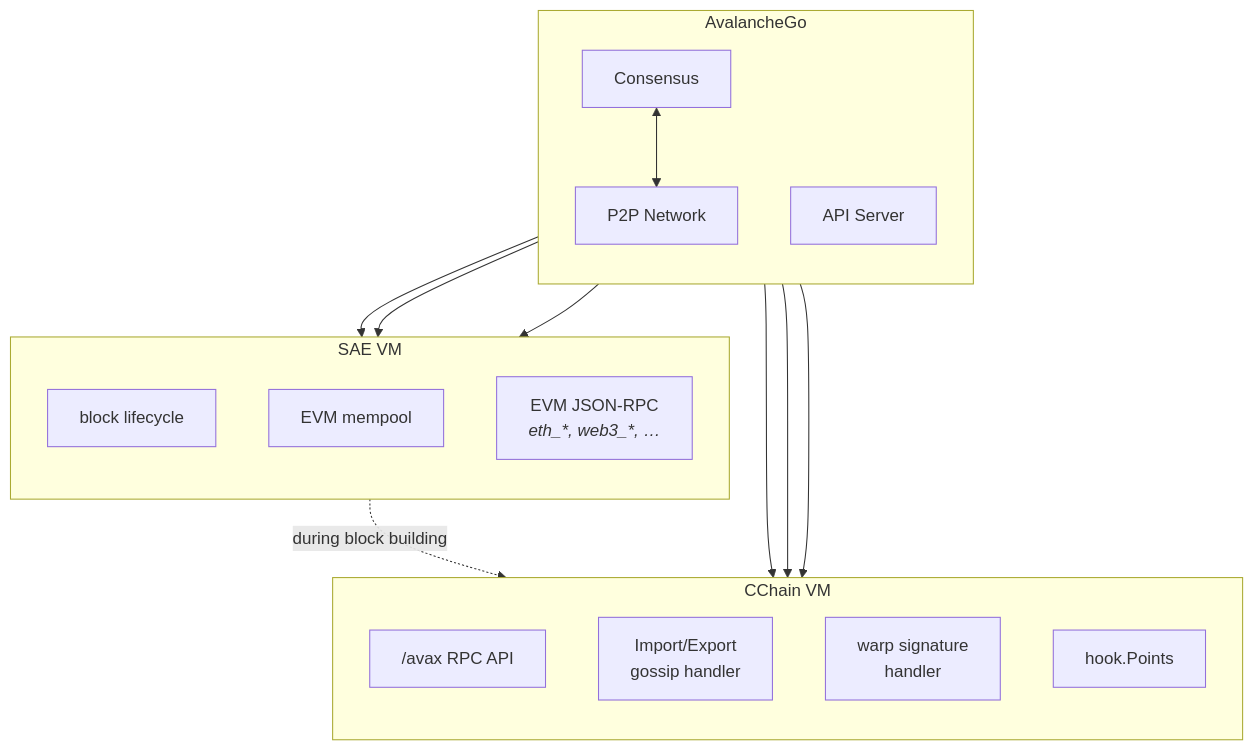
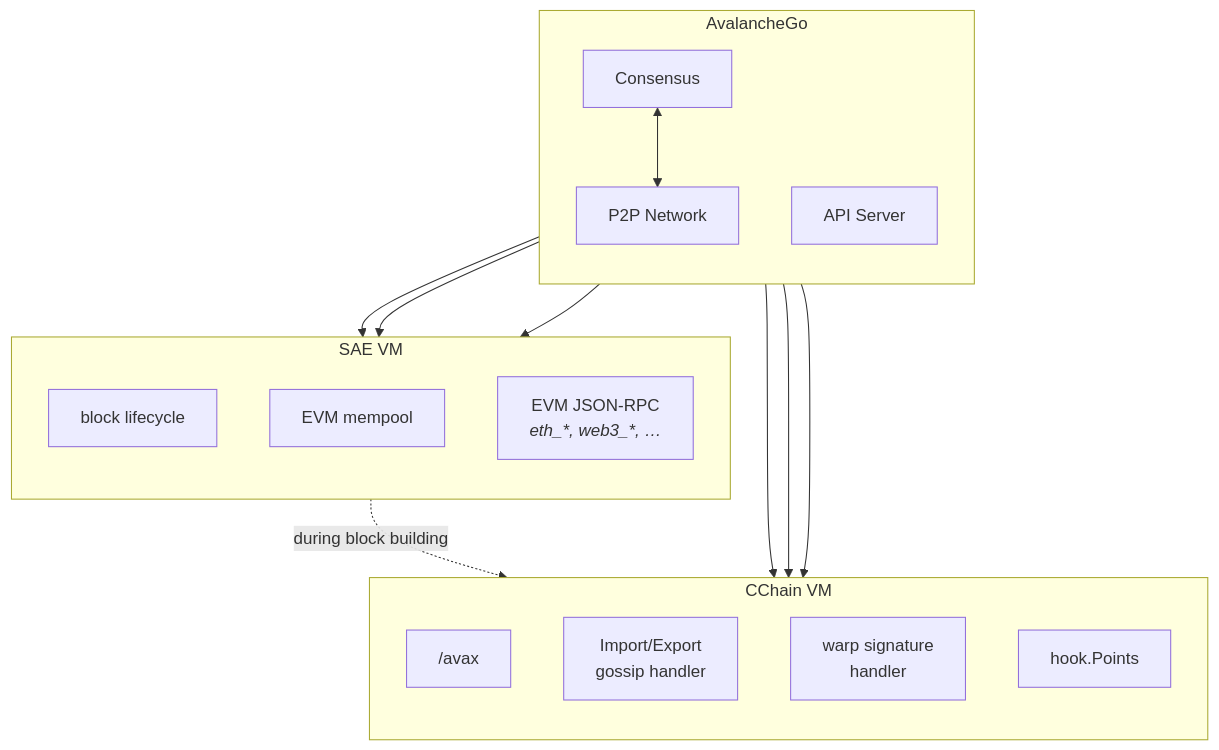
Before and after one commit to ava-labs/avalanchego: the first of 4 diagrams in vms/saevm/cchain/README.md, drawn with Mermaid.

````diff
--- a/vms/saevm/cchain/README.md
+++ b/vms/saevm/cchain/README.md
@@ -9,34 +9,34 @@
 ```mermaid
 flowchart TB
     subgraph avago["AvalancheGo"]
         direction TB
         consensus["Consensus"]
         p2pin["P2P Network"]
         httpd["API Server"]
         consensus <--> p2pin
     end
 
     subgraph saevm["SAE VM"]
         direction TB
         sae_block["block lifecycle"]
         sae_mempool["EVM mempool"]
         sae_rpc["EVM JSON-RPC<br/><i>eth_*, web3_*, &hellip;</i>"]
     end
 
     subgraph cchain["CChain VM"]
         direction TB
-        cc_rpc["/avax RPC API"]
+        cc_rpc["/avax"]
         cc_iegossip["Import/Export<br/>gossip handler"]
         cc_warp["warp signature<br/>handler"]
         cc_hook["hook.Points"]
     end
 
     consensus --> sae_block
     p2pin --> sae_mempool
     p2pin --> cc_iegossip
     p2pin --> cc_warp
     httpd --> sae_rpc
     httpd --> cc_rpc
 
     sae_block -.->|"during block building"| cc_hook
 ```
````
